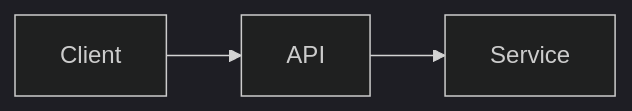
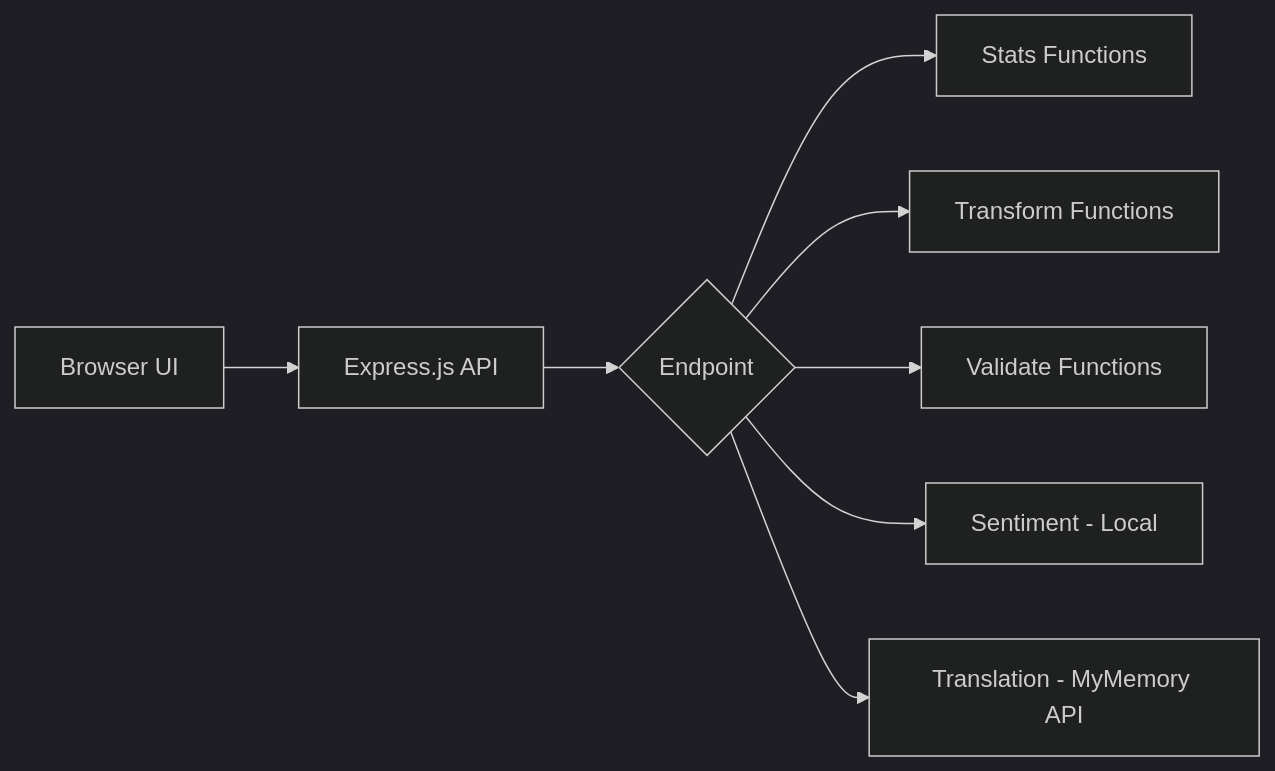
Before and after one commit to hoodini/copilot-workshop-text-analysis: the diagram in llms.md, drawn with Mermaid (dark theme). The commit also changed other lines of this file and 1 other file, not shown here.

````diff
--- a/llms.md
+++ b/llms.md
@@ -196,5 +310,10 @@
 ```mermaid
 flowchart LR
-    A[Client] --> B[API]
-    B --> C[Service]
+    A[Browser UI] --> B[Express.js API]
+    B --> C{Endpoint}
+    C --> D[Stats Functions]
+    C --> E[Transform Functions]
+    C --> F[Validate Functions]
+    C --> G[Sentiment - Local]
+    C --> H[Translation - MyMemory API]
 ```
````
